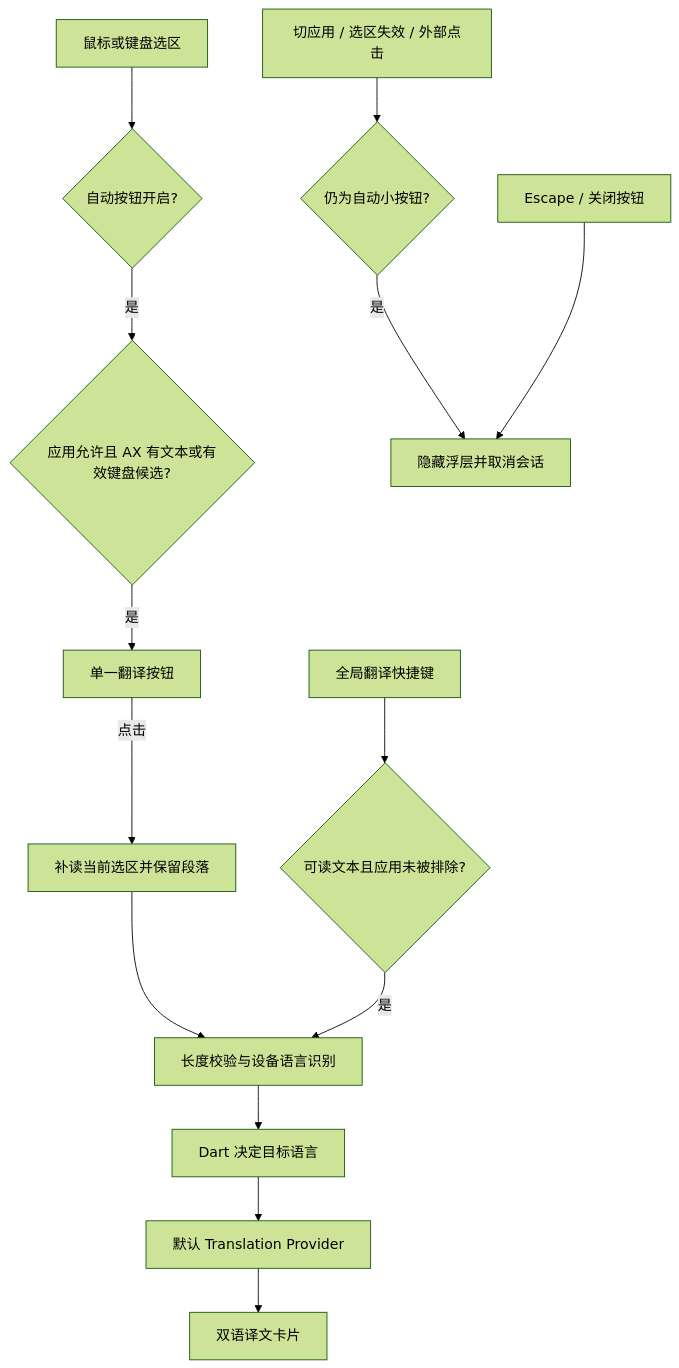
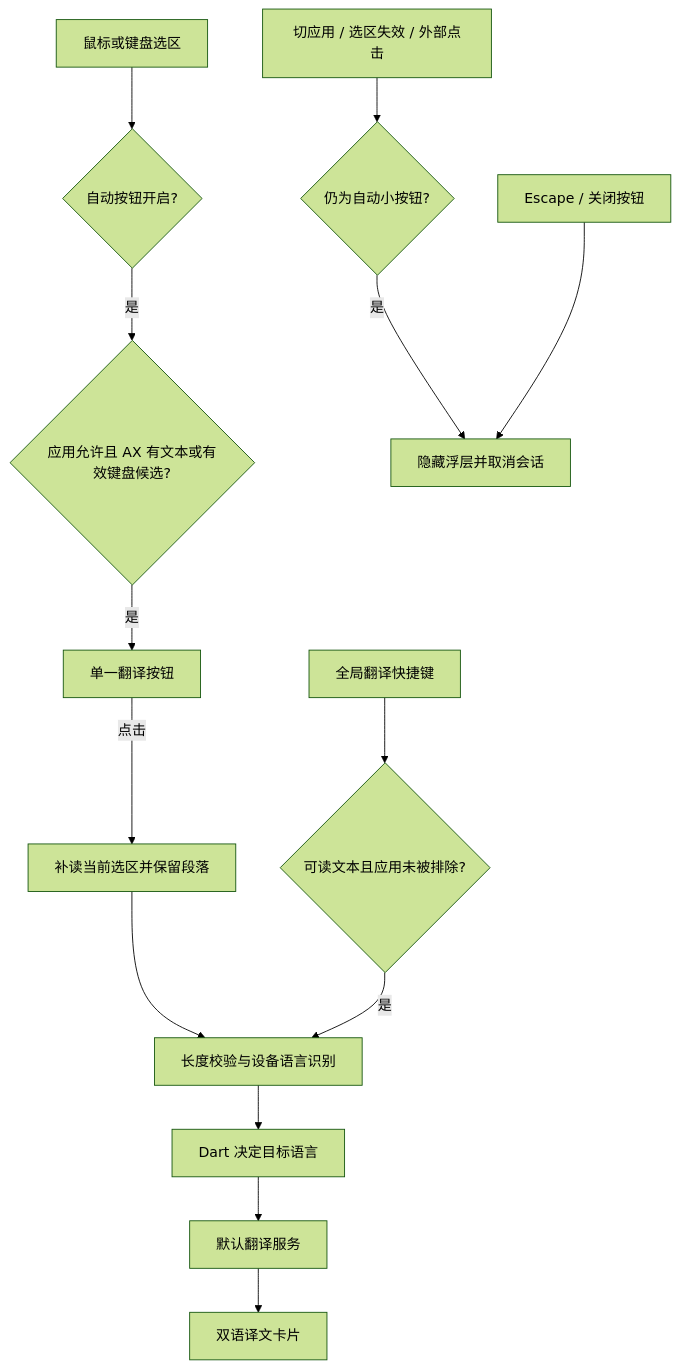
One commit to 1504101951/translateApp changed the diagram in docs/architecture.md. Above: the diagram before and after it, drawn with Mermaid (forest theme). The commit also changed other lines of this file and 36 other files, not shown here.

````diff
--- a/docs/architecture.md
+++ b/docs/architecture.md
@@ -27,16 +27,16 @@
 ```mermaid
 flowchart TD
     A[鼠标或键盘选区] --> B{自动按钮开启?}
     B -- 是 --> C{应用允许且 AX 有文本或有效键盘候选?}
     C -- 是 --> D[单一翻译按钮]
     D -- 点击 --> M[补读当前选区并保留段落]
     M --> F[长度校验与设备语言识别]
     E[全局翻译快捷键] --> G{可读文本且应用未被排除?}
     G -- 是 --> F
     F --> H[Dart 决定目标语言]
-    H --> I[默认 Translation Provider]
+    H --> I[默认翻译服务]
     I --> J[双语译文卡片]
     K[切应用 / 选区失效 / 外部点击] --> N{仍为自动小按钮?}
     N -- 是 --> L[隐藏浮层并取消会话]
     O[Escape / 关闭按钮] --> L
 ```
````
